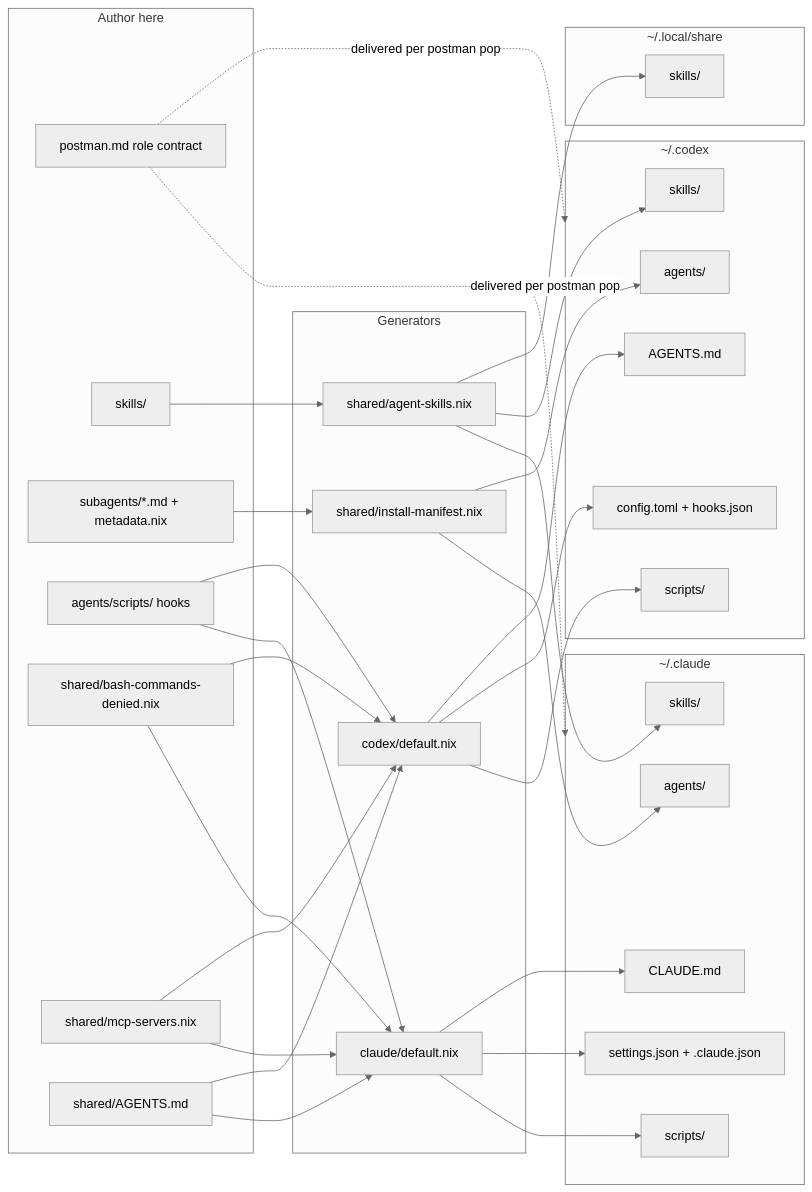
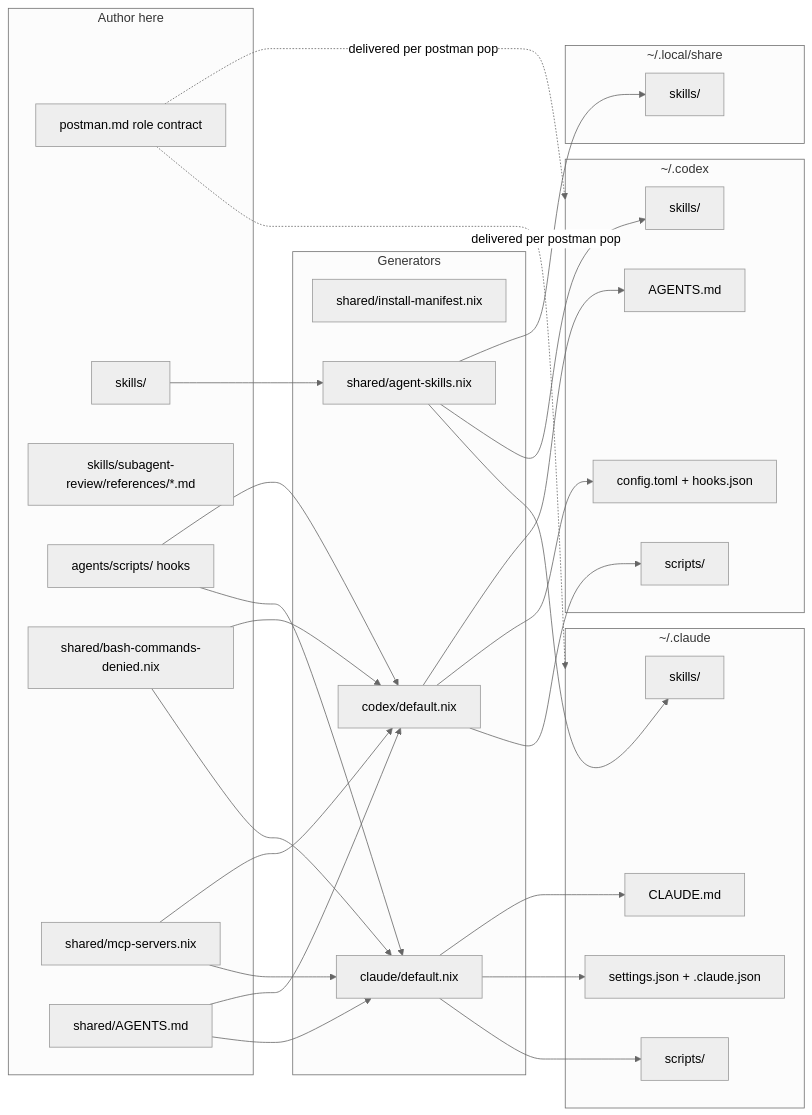
One commit to i9wa4/dotfiles changed the diagram in nix/home-manager/agents/README.md. Above: the diagram before and after it, drawn with Mermaid (neutral theme). The commit also changed other lines of this file and 23 other files, not shown here.

Commit message:
refactor(agents): consolidate subagent review prompts (#371) (#372)

````diff
--- a/nix/home-manager/agents/README.md
+++ b/nix/home-manager/agents/README.md
@@ -38,50 +37,46 @@
 ```mermaid
 graph LR
     subgraph sources [Author here]
         P[postman.md role contract]
         S[skills/]
-        A[subagents/*.md + metadata.nix]
+        A[skills/subagent-review/references/*.md]
         H[agents/scripts/ hooks]
         D[shared/bash-commands-denied.nix]
         M[shared/mcp-servers.nix]
         L[shared/AGENTS.md]
     end
     subgraph emitters [Generators]
         IM[shared/install-manifest.nix]
         AS[shared/agent-skills.nix]
         C[claude/default.nix]
         X[codex/default.nix]
     end
     subgraph claude [~/.claude]
-        CA[agents/]
         CS[skills/]
         CJ[settings.json + .claude.json]
         CH[scripts/]
         CF[CLAUDE.md]
     end
     subgraph codex [~/.codex]
-        XA[agents/]
         XS[skills/]
         XT[config.toml + hooks.json]
         XH[scripts/]
         XF[AGENTS.md]
     end
     subgraph references [~/.local/share]
         RS[skills/]
     end
-    A --> IM --> CA
-    IM --> XA
     S --> AS --> CS
     AS --> XS
     AS --> RS
     H --> C --> CH
     H --> X --> XH
     D --> C --> CJ
     D --> X --> XT
     M --> C
     M --> X
     L --> C --> CF
     L --> X --> XF
     P -. delivered per postman pop .-> claude
     P -. delivered per postman pop .-> codex
 ```
````
